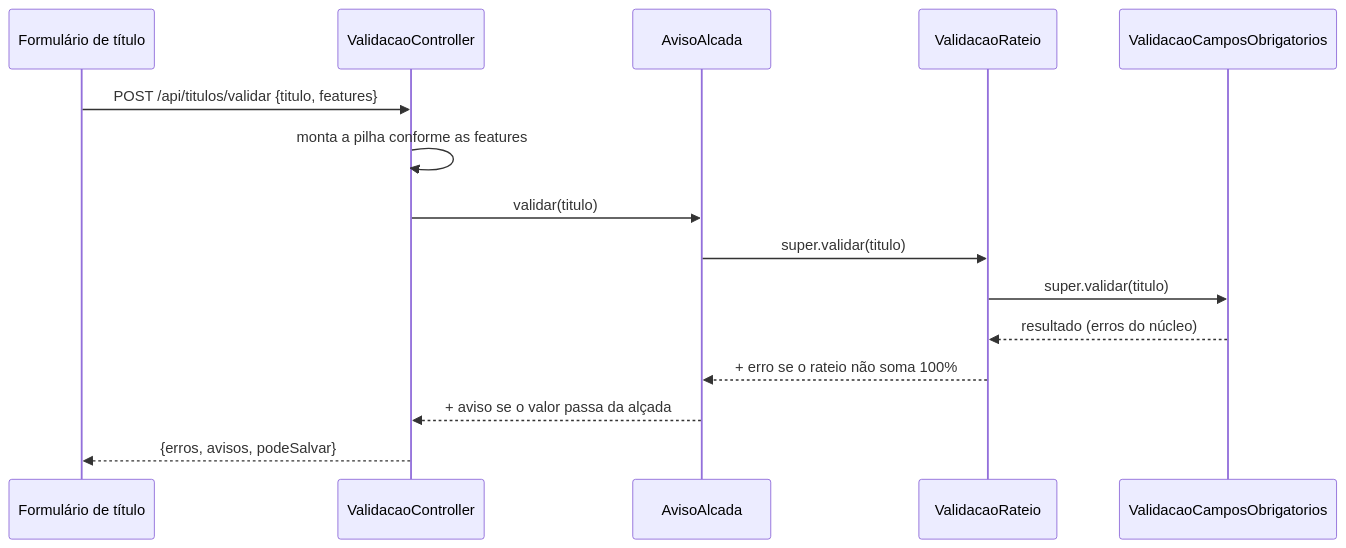
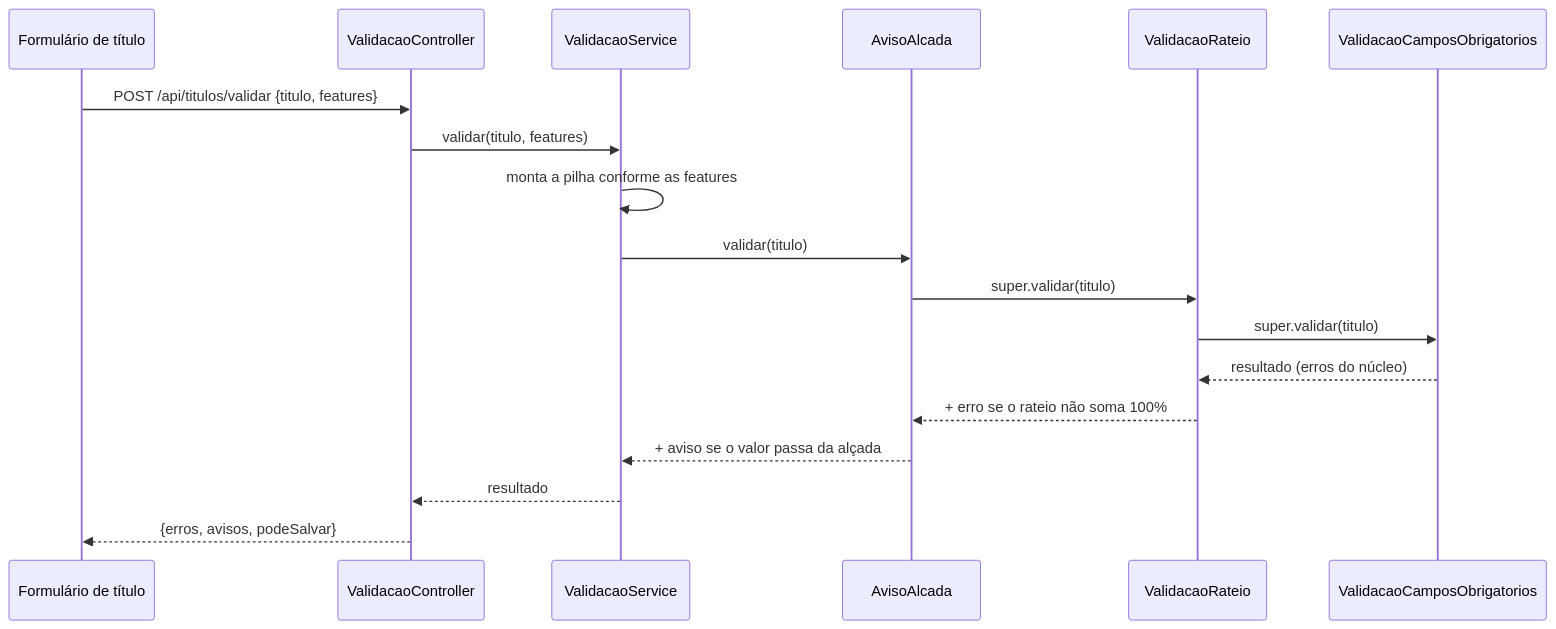
One commit to g-celente/core-conta-flow changed the fifth of 7 diagrams in README.md. Above: the diagram before and after it, drawn with Mermaid. The commit also changed other lines of this file and 183 other files, not shown here.

````diff
--- a/README.md
+++ b/README.md
@@ -352,17 +372,20 @@
 ```mermaid
 sequenceDiagram
     participant T as Formulário de título
     participant C as ValidacaoController
+    participant S as ValidacaoService
     participant A as AvisoAlcada
     participant R as ValidacaoRateio
     participant N as ValidacaoCamposObrigatorios
     T->>C: POST /api/titulos/validar {titulo, features}
-    C->>C: monta a pilha conforme as features
-    C->>A: validar(titulo)
+    C->>S: validar(titulo, features)
+    S->>S: monta a pilha conforme as features
+    S->>A: validar(titulo)
     A->>R: super.validar(titulo)
     R->>N: super.validar(titulo)
     N-->>R: resultado (erros do núcleo)
     R-->>A: + erro se o rateio não soma 100%
-    A-->>C: + aviso se o valor passa da alçada
+    A-->>S: + aviso se o valor passa da alçada
+    S-->>C: resultado
     C-->>T: {erros, avisos, podeSalvar}
 ```
````
